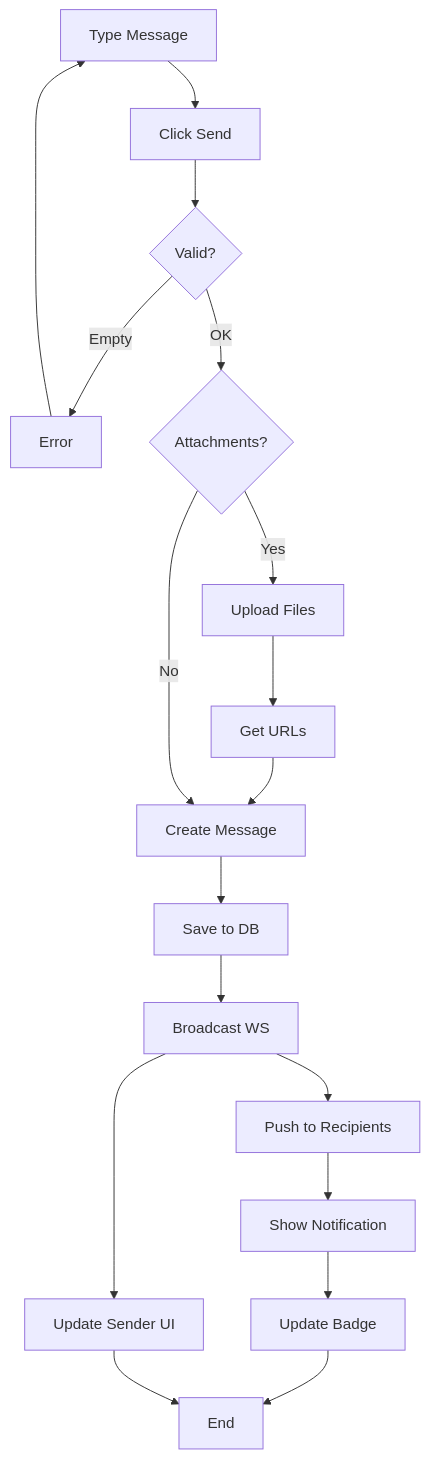
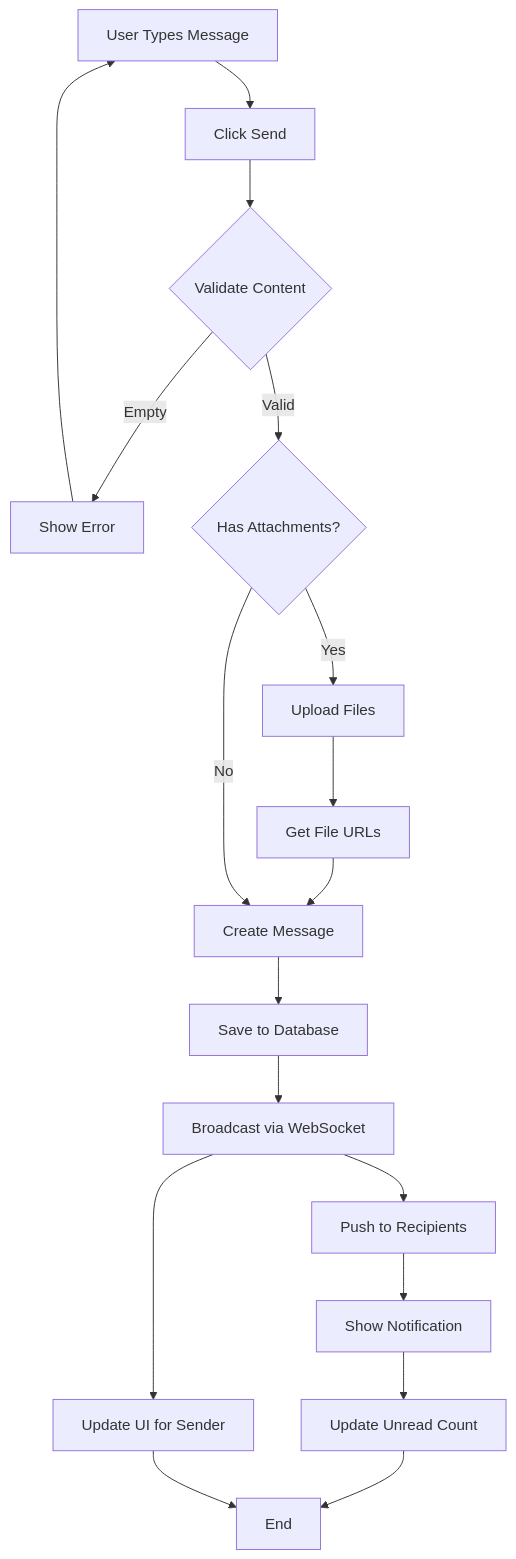
The eighth of 8 diagrams in docs/uml_diagrams.md (coded-with-aryan0426/gym-management-system-fullstack), drawn with Mermaid before and after one commit. The commit also changed other lines of this file and 16 other files, not shown here.

````diff
--- a/docs/uml_diagrams.md
+++ b/docs/uml_diagrams.md
@@ -348,22 +366,23 @@
 ```mermaid
-flowchart TB
-    A[Type Message] --> B[Click Send]
-    B --> C{Valid?}
-    C -->|Empty| D[Error] --> A
-    C -->|OK| E{Attachments?}
+flowchart TD
+    A[User Types Message] --> B[Click Send]
+    B --> C{Validate Content}
+    C -->|Empty| D[Show Error]
+    D --> A
+    C -->|Valid| E{Has Attachments?}
     
     E -->|Yes| F[Upload Files]
-    F --> G[Get URLs]
+    F --> G[Get File URLs]
     G --> H[Create Message]
     
     E -->|No| H
     
-    H --> I[Save to DB]
-    I --> J[Broadcast WS]
-    J --> K[Update Sender UI]
+    H --> I[Save to Database]
+    I --> J[Broadcast via WebSocket]
+    J --> K[Update UI for Sender]
     J --> L[Push to Recipients]
     L --> M[Show Notification]
-    M --> N[Update Badge]
+    M --> N[Update Unread Count]
     N --> O[End]
     K --> O
 ```
````
